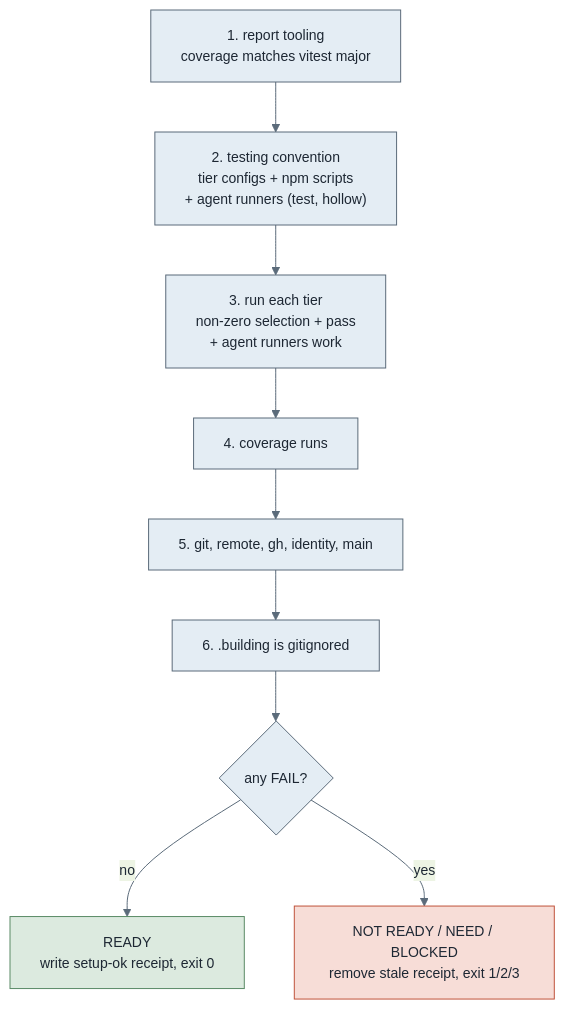
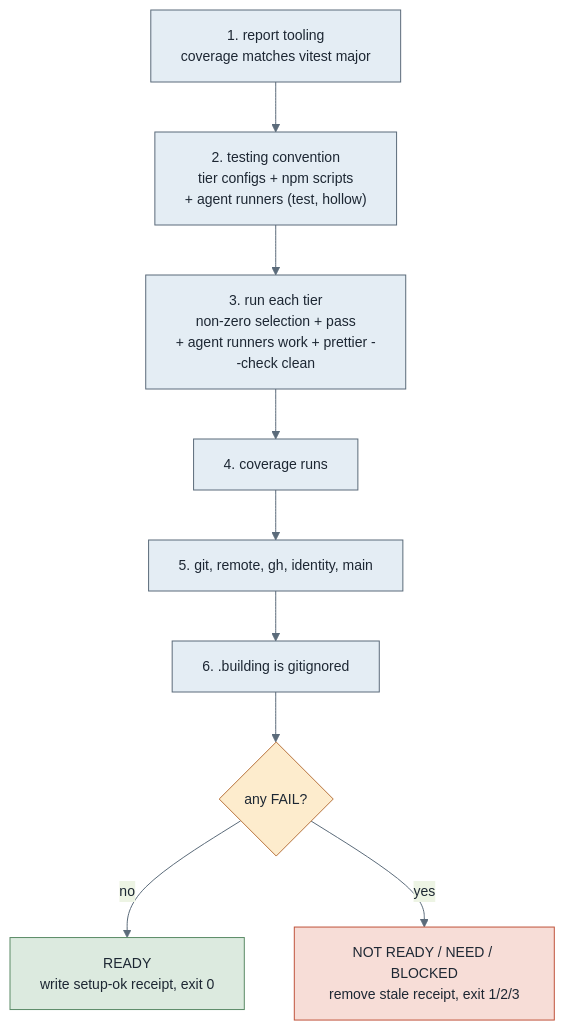
One commit to omerosaienni/agent-sdlc changed the fourth of 4 diagrams in docs/scripts.md. Above: the diagram before and after it, drawn with Mermaid. The commit also changed other lines of this file and 8 other files, not shown here.

Commit message:
refactor: rename shared->common, fix review findings and unreadable diagrams (#27)

````diff
--- a/docs/scripts.md
+++ b/docs/scripts.md
@@ -186,24 +193,26 @@
 ```mermaid
 %%{init: {'theme':'base','themeVariables':{'primaryColor':'#e4edf4','primaryTextColor':'#1d2733','primaryBorderColor':'#5b6b7a','lineColor':'#5b6b7a','fontSize':'14px'}}}%%
 flowchart TD
     s1["1. report tooling<br/>coverage matches vitest major"]
     s2["2. testing convention<br/>tier configs + npm scripts<br/>+ agent runners (test, hollow)"]
-    s3["3. run each tier<br/>non-zero selection + pass<br/>+ agent runners work"]
+    s3["3. run each tier<br/>non-zero selection + pass<br/>+ agent runners work + prettier --check clean"]
     s4["4. coverage runs"]
     s5["5. git, remote, gh, identity, main"]
     s6["6. .building is gitignored"]
     verdict{"any FAIL?"}
     ready["READY<br/>write setup-ok receipt, exit 0"]
     notready["NOT READY / NEED / BLOCKED<br/>remove stale receipt, exit 1/2/3"]
 
     s1 --> s2 --> s3 --> s4 --> s5 --> s6 --> verdict
     verdict -->|no| ready
     verdict -->|yes| notready
 
     classDef check fill:#e4edf4,stroke:#5b6b7a,color:#1d2733;
     classDef good fill:#dceadf,stroke:#5a8a66,color:#1d2733;
     classDef bad fill:#f7ddd7,stroke:#c0533b,color:#1d2733;
+    classDef decision fill:#fdeccd,stroke:#b8743d,color:#1d2733;
     class s1,s2,s3,s4,s5,s6 check;
     class ready good;
     class notready bad;
+    class verdict decision;
 ```
````
